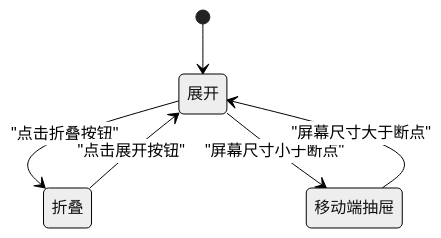
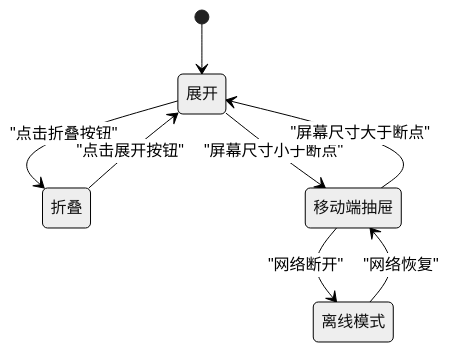
Before and after one commit to xufuyu/Lumen: the fifth of 7 diagrams in .qoder/repowiki/zh/content/前端开发/组件系统/布局组件.md, drawn with Mermaid (neutral theme). The commit also changed other lines of this file and 43 other files, not shown here.

````diff
--- a/.qoder/repowiki/zh/content/前端开发/组件系统/布局组件.md
+++ b/.qoder/repowiki/zh/content/前端开发/组件系统/布局组件.md
@@ -177,8 +216,10 @@
 ```mermaid
 stateDiagram-v2
 [*] --> 展开
 展开 --> 折叠 : "点击折叠按钮"
 折叠 --> 展开 : "点击展开按钮"
 展开 --> 移动端抽屉 : "屏幕尺寸小于断点"
 移动端抽屉 --> 展开 : "屏幕尺寸大于断点"
+移动端抽屉 --> 离线模式 : "网络断开"
+离线模式 --> 移动端抽屉 : "网络恢复"
 ```
````
